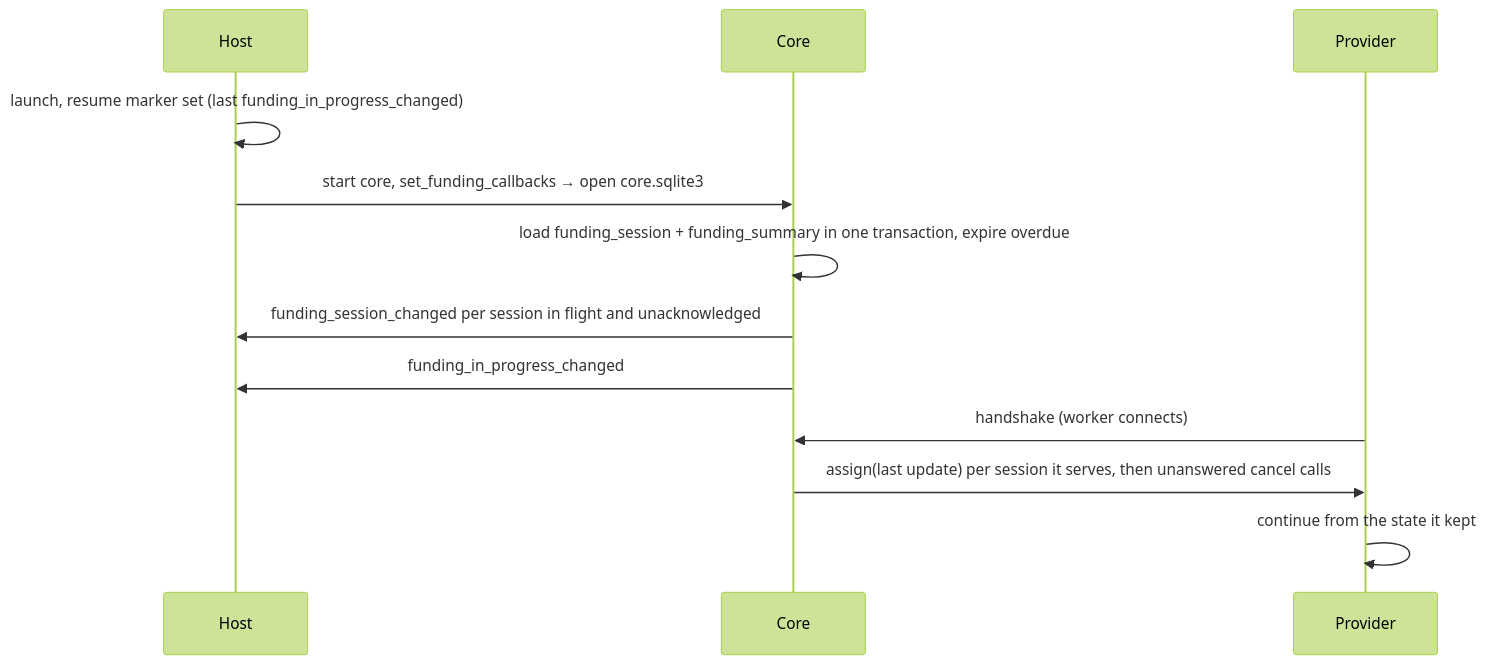
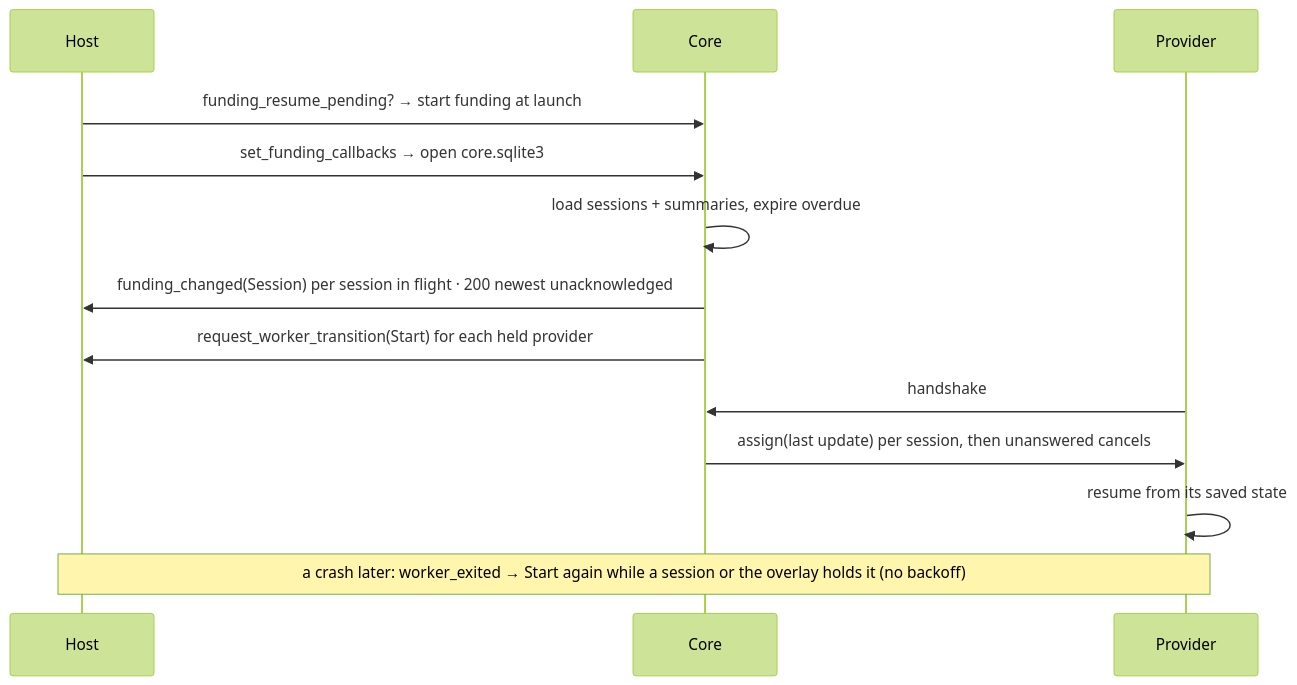
The tenth of 10 diagrams in docs/design/funding-modality.md (paritytech/trinity-user-agents), drawn with Mermaid (forest theme) before and after one commit. The commit also changed other lines of this file and 1 other file, not shown here.

Commit message:
docs(funding): schematics first, host reads back what changed

````diff
--- a/docs/design/funding-modality.md
+++ b/docs/design/funding-modality.md
@@ -328,14 +240,15 @@
 ```mermaid
 sequenceDiagram
   participant H as Host
   participant C as Core
   participant W as Provider
-  H->>H: launch, resume marker set (last funding_in_progress_changed)
-  H->>C: start core, set_funding_callbacks → open core.sqlite3
-  C->>C: load funding_session + funding_summary in one transaction, expire overdue
-  C->>H: funding_session_changed per session in flight and unacknowledged
-  C->>H: funding_in_progress_changed
-  W->>C: handshake (worker connects)
-  C->>W: assign(last update) per session it serves, then unanswered cancel calls
-  W->>W: continue from the state it kept
+  H->>C: funding_resume_pending? → start funding at launch
+  H->>C: set_funding_callbacks → open core.sqlite3
+  C->>C: load sessions + summaries, expire overdue
+  C->>H: funding_changed(Session) per session in flight · 200 newest unacknowledged
+  C->>H: request_worker_transition(Start) for each held provider
+  W->>C: handshake
+  C->>W: assign(last update) per session, then unanswered cancels
+  W->>W: resume from its saved state
+  Note over H,W: a crash later: worker_exited → Start again while a session or the overlay holds it (no backoff)
 ```
````
